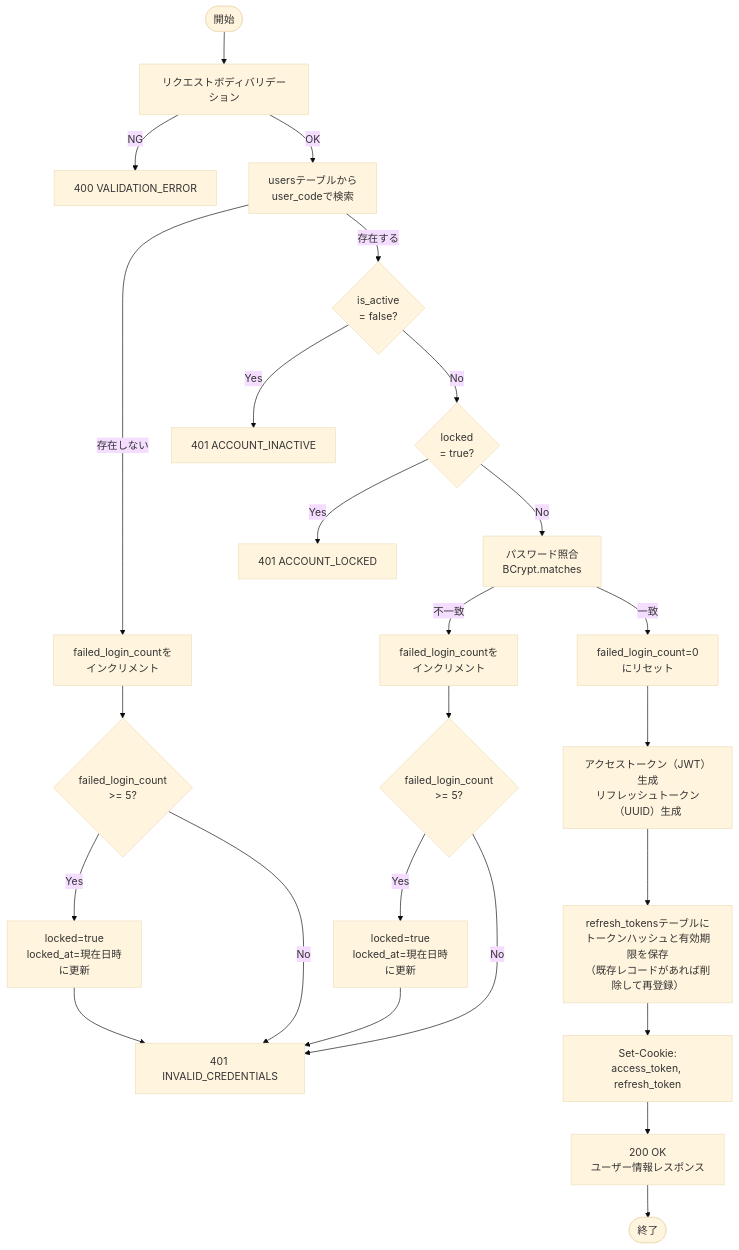
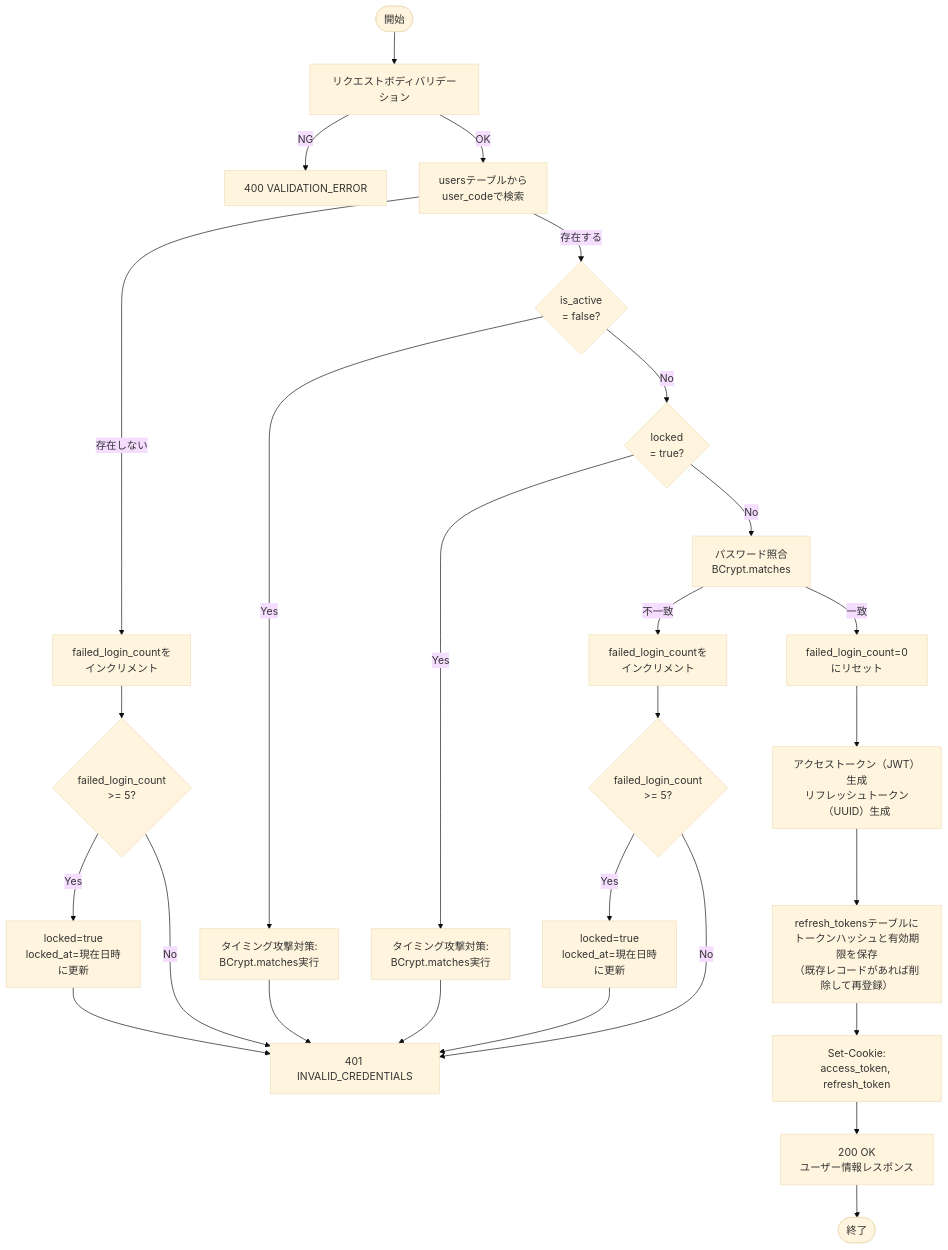
One commit to hidefumiagata/wms changed the first of 7 diagrams in docs/functional-design/API-01-auth.md. Above: the diagram before and after it, drawn with Mermaid (base theme). The commit also changed other lines of this file, not shown here.

````diff
--- a/docs/functional-design/API-01-auth.md
+++ b/docs/functional-design/API-01-auth.md
@@ -91,31 +89,33 @@
 ```mermaid
 flowchart TD
     START([開始]) --> VALIDATE[リクエストボディバリデーション]
     VALIDATE -->|NG| ERR_VAL[400 VALIDATION_ERROR]
     VALIDATE -->|OK| FIND_USER["usersテーブルから\nuser_codeで検索"]
 
     FIND_USER -->|存在しない| INCREMENT1["failed_login_countを\nインクリメント"]
     INCREMENT1 --> CHECK_LOCK1{failed_login_count\n>= 5?}
     CHECK_LOCK1 -->|Yes| SET_LOCK1["locked=true\nlocked_at=現在日時\nに更新"]
     SET_LOCK1 --> ERR_CRED[401 INVALID_CREDENTIALS]
     CHECK_LOCK1 -->|No| ERR_CRED
 
     FIND_USER -->|存在する| CHECK_INACTIVE{is_active\n= false?}
-    CHECK_INACTIVE -->|Yes| ERR_INACTIVE[401 ACCOUNT_INACTIVE]
+    CHECK_INACTIVE -->|Yes| DUMMY_PW1["タイミング攻撃対策:\nBCrypt.matches実行"]
+    DUMMY_PW1 --> ERR_CRED
     CHECK_INACTIVE -->|No| CHECK_LOCKED{locked\n= true?}
-    CHECK_LOCKED -->|Yes| ERR_LOCKED[401 ACCOUNT_LOCKED]
+    CHECK_LOCKED -->|Yes| DUMMY_PW2["タイミング攻撃対策:\nBCrypt.matches実行"]
+    DUMMY_PW2 --> ERR_CRED
     CHECK_LOCKED -->|No| CHECK_PW[パスワード照合\nBCrypt.matches]
 
     CHECK_PW -->|不一致| INCREMENT2["failed_login_countを\nインクリメント"]
     INCREMENT2 --> CHECK_LOCK2{failed_login_count\n>= 5?}
     CHECK_LOCK2 -->|Yes| SET_LOCK2["locked=true\nlocked_at=現在日時\nに更新"]
     SET_LOCK2 --> ERR_CRED
     CHECK_LOCK2 -->|No| ERR_CRED
 
     CHECK_PW -->|一致| RESET_COUNT["failed_login_count=0\nにリセット"]
     RESET_COUNT --> GENERATE_TOKENS["アクセストークン（JWT）生成\nリフレッシュトークン（UUID）生成"]
     GENERATE_TOKENS --> SAVE_REFRESH["refresh_tokensテーブルに\nトークンハッシュと有効期限を保存\n（既存レコードがあれば削除して再登録）"]
     SAVE_REFRESH --> SET_COOKIES["Set-Cookie:\naccess_token, refresh_token"]
     SET_COOKIES --> RESPOND[200 OK\nユーザー情報レスポンス]
     RESPOND --> END([終了])
 ```
````
